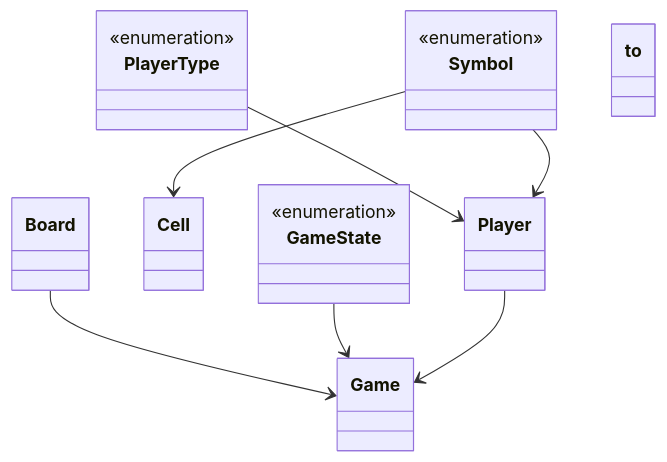
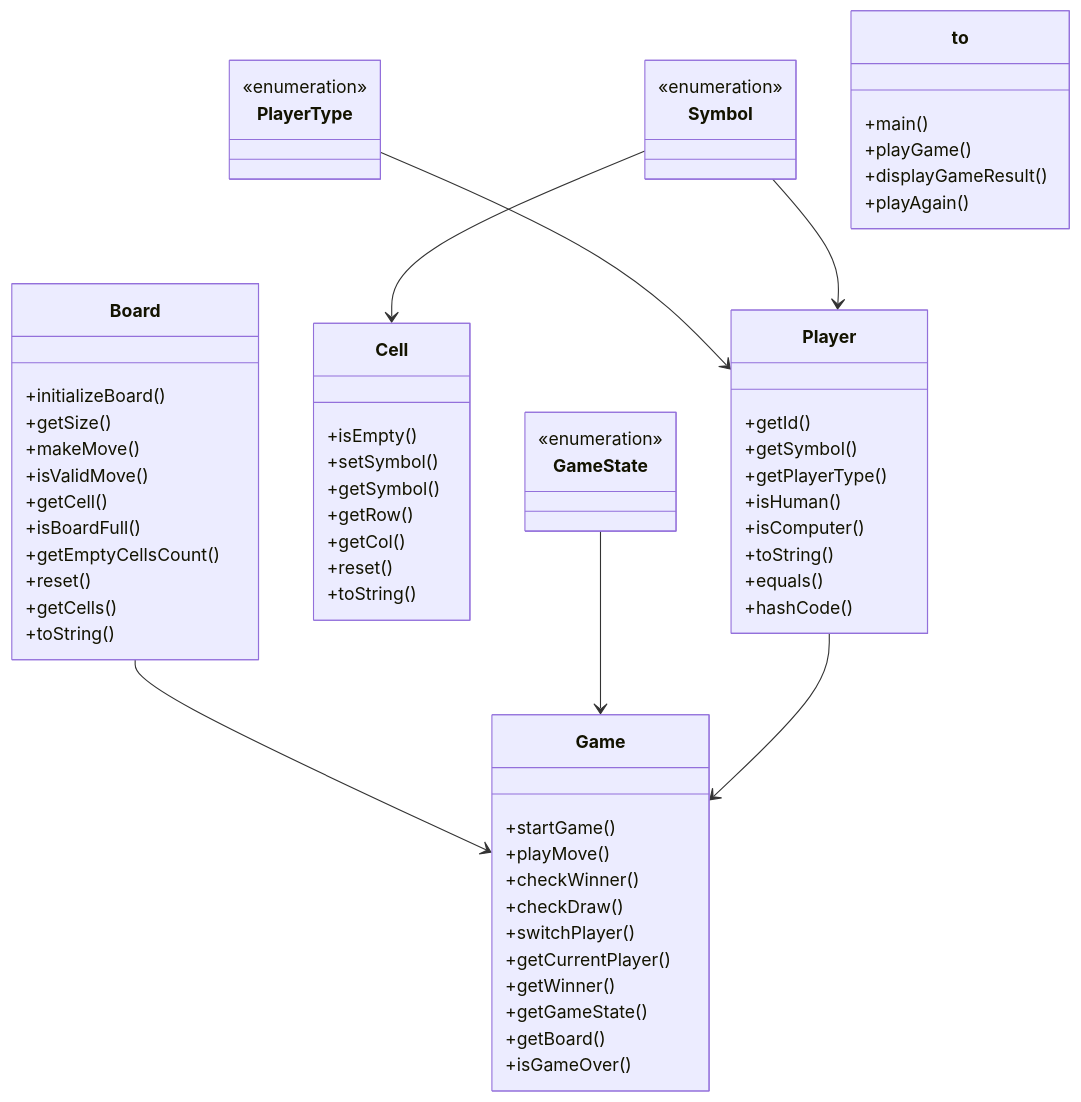
The diagram in questions/low_level_design/13_tic_tac_toe_lld.md (amanjaiswal30/dsa-solutions), drawn with Mermaid before and after one commit. The commit also changed other lines of this file and 210 other files, not shown here.

````diff
--- a/questions/low_level_design/13_tic_tac_toe_lld.md
+++ b/questions/low_level_design/13_tic_tac_toe_lld.md
@@ -52,23 +52,67 @@
 ```mermaid
 classDiagram
-    class Board
-    class Cell
-    class Game
+    class Board {
+        +initializeBoard()
+        +getSize()
+        +makeMove()
+        +isValidMove()
+        +getCell()
+        +isBoardFull()
+        +getEmptyCellsCount()
+        +reset()
+        +getCells()
+        +toString()
+    }
+    class Cell {
+        +isEmpty()
+        +setSymbol()
+        +getSymbol()
+        +getRow()
+        +getCol()
+        +reset()
+        +toString()
+    }
+    class Game {
+        +startGame()
+        +playMove()
+        +checkWinner()
+        +checkDraw()
+        +switchPlayer()
+        +getCurrentPlayer()
+        +getWinner()
+        +getGameState()
+        +getBoard()
+        +isGameOver()
+    }
     class GameState {
         <<enumeration>>
     }
-    class Player
+    class Player {
+        +getId()
+        +getSymbol()
+        +getPlayerType()
+        +isHuman()
+        +isComputer()
+        +toString()
+        +equals()
+        +hashCode()
+    }
     class PlayerType {
         <<enumeration>>
     }
     class Symbol {
         <<enumeration>>
     }
-    class to
+    class to {
+        +main()
+        +playGame()
+        +displayGameResult()
+        +playAgain()
+    }
     Symbol --> Cell
     Board --> Game
     GameState --> Game
     Player --> Game
     PlayerType --> Player
     Symbol --> Player
 ```
````
